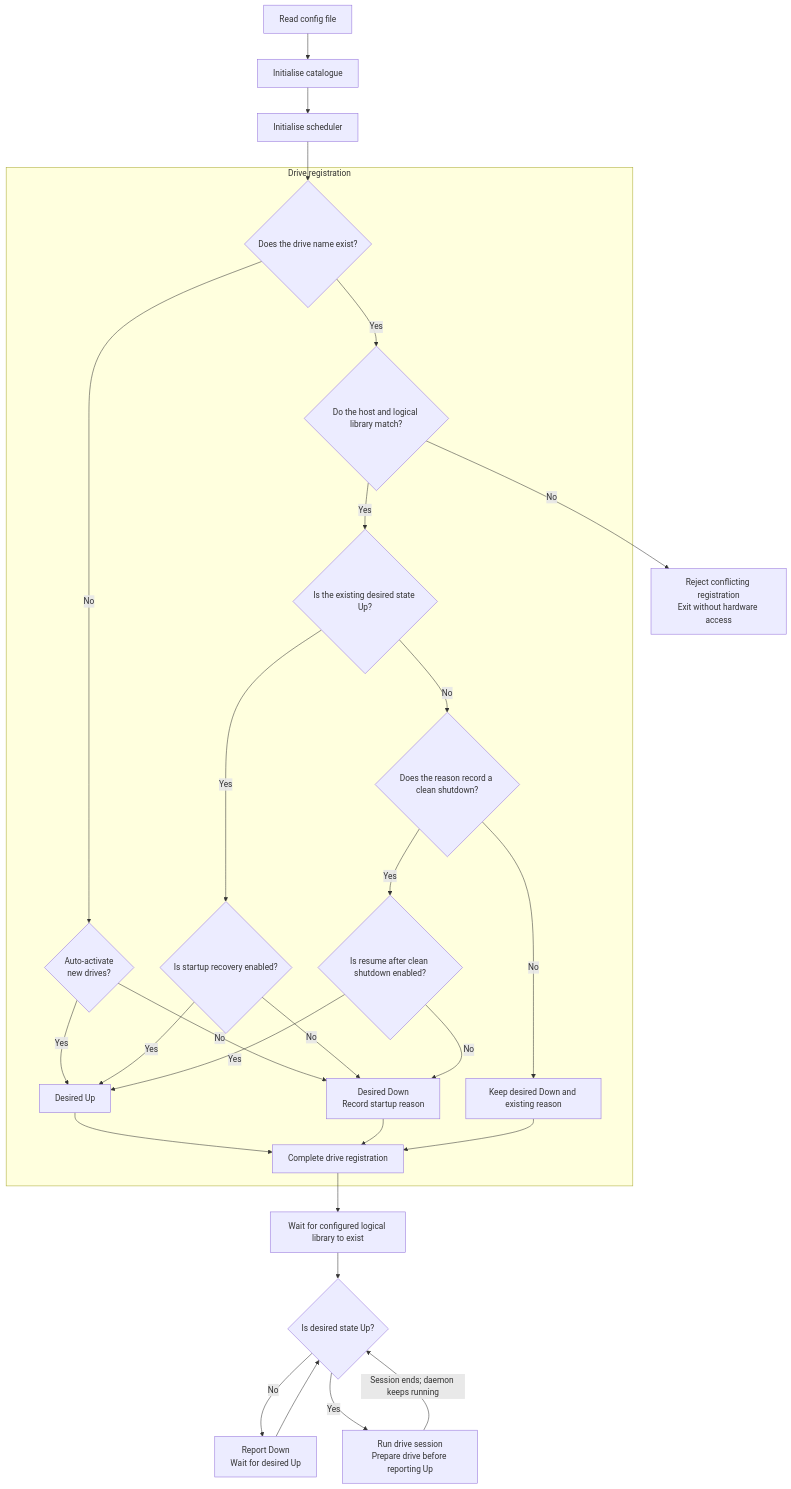
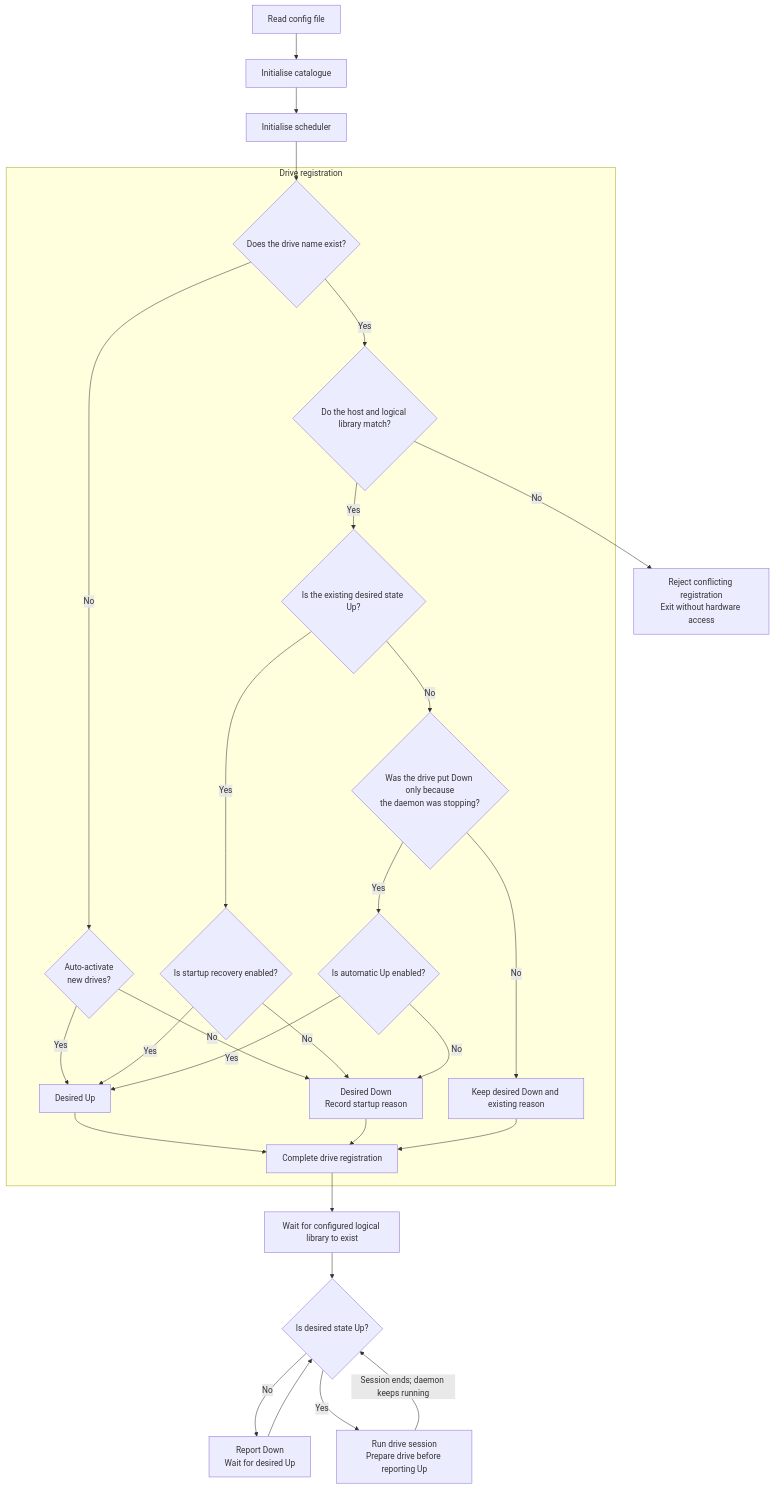
The second of 5 diagrams in docs/content/concepts/components/tape-daemon.md (cern-cta/CTA), drawn with Mermaid before and after one commit. The commit also changed other lines of this file and 12 other files, not shown here.

Commit message:
Rename resume_after_clean_shutdown back to auto_up

````diff
--- a/docs/content/concepts/components/tape-daemon.md
+++ b/docs/content/concepts/components/tape-daemon.md
@@ -126,47 +126,47 @@
 ```mermaid
 flowchart TB
     config["Read config file"]
     cat["Initialise catalogue"]
     sched["Initialise scheduler"]
     config --> cat --> sched
 
     subgraph registration["Drive registration"]
         existsQ{"Does the drive name exist?"}
         matchesQ{"Do the host and logical library match?"}
         previousUpQ{"Is the existing desired state Up?"}
         recoverQ{"Is startup recovery enabled?"}
-        reasonQ{"Does the reason record a clean shutdown?"}
-        resumeAfterCleanShutdownQ{"Is resume after clean shutdown enabled?"}
+        reasonQ{"Was the drive put Down only because<br/>the daemon was stopping?"}
+        autoUpQ{"Is automatic Up enabled?"}
         registrationUpQ{"Auto-activate<br/>new drives?"}
         desiredUp["Desired Up"]
         desiredDown["Desired Down<br/>Record startup reason"]
         preserveDown["Keep desired Down and existing reason"]
         registered["Complete drive registration"]
 
         existsQ -- No --> registrationUpQ
         registrationUpQ -- Yes --> desiredUp
         registrationUpQ -- No --> desiredDown
         existsQ -- Yes --> matchesQ
         matchesQ -- Yes --> previousUpQ
         previousUpQ -- Yes --> recoverQ
         previousUpQ -- No --> reasonQ
         recoverQ -- Yes --> desiredUp
         recoverQ -- No --> desiredDown
-        reasonQ -- Yes --> resumeAfterCleanShutdownQ
+        reasonQ -- Yes --> autoUpQ
         reasonQ -- No --> preserveDown
-        resumeAfterCleanShutdownQ -- Yes --> desiredUp
-        resumeAfterCleanShutdownQ -- No --> desiredDown
+        autoUpQ -- Yes --> desiredUp
+        autoUpQ -- No --> desiredDown
         desiredUp --> registered
         desiredDown --> registered
         preserveDown --> registered
     end
 
     sched --> existsQ
     matchesQ -- No --> invalid["Reject conflicting registration<br/>Exit without hardware access"]
     registered --> libraryWait["Wait for configured logical library to exist"]
     libraryWait --> desiredUpQ{"Is desired state Up?"}
     desiredUpQ -- No --> wait["Report Down<br/>Wait for desired Up"]
     wait --> desiredUpQ
     desiredUpQ -- Yes --> driveSession["Run drive session<br/>Prepare drive before reporting Up"]
     driveSession -- Session ends; daemon keeps running --> desiredUpQ
 ```
````
